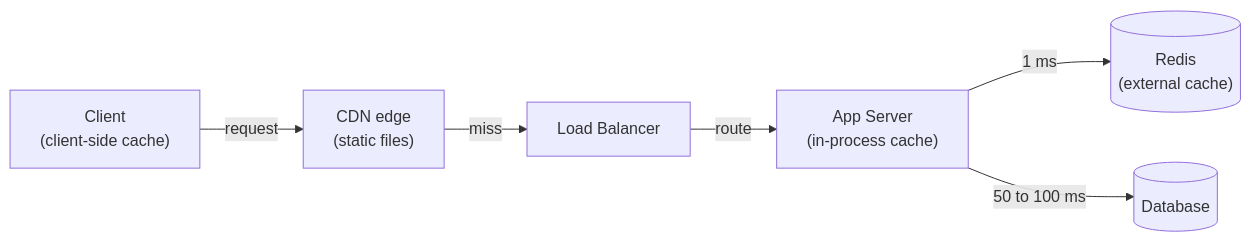
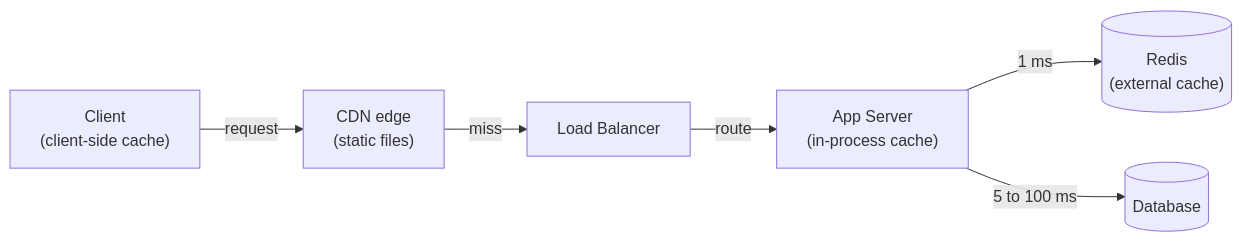
The first of 4 diagrams in hld/10-caching-and-cdn.md (aaryan-pradhan/core-cs-fundamentals), drawn with Mermaid before and after one commit. The commit also changed other lines of this file, not shown here.

Commit message:
Fix CDN diagram, latencies and code in topic 10

````diff
--- a/hld/10-caching-and-cdn.md
+++ b/hld/10-caching-and-cdn.md
@@ -18,8 +18,8 @@
 ```mermaid
 flowchart LR
     C["Client<br/>(client-side cache)"] -->|"request"| CDN["CDN edge<br/>(static files)"]
     CDN -->|"miss"| LB["Load Balancer"]
     LB -->|"route"| A["App Server<br/>(in-process cache)"]
     A -->|"1 ms"| R[("Redis<br/>(external cache)")]
-    A -->|"50 to 100 ms"| D[("Database")]
+    A -->|"5 to 100 ms"| D[("Database")]
 ```
````
